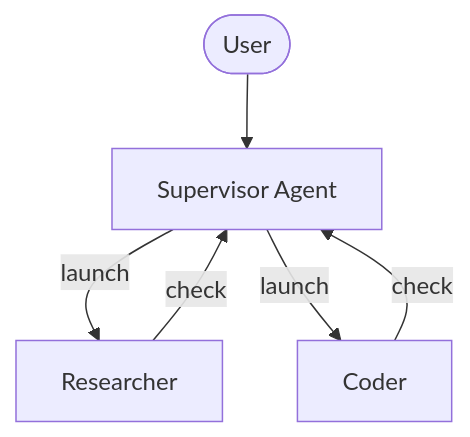
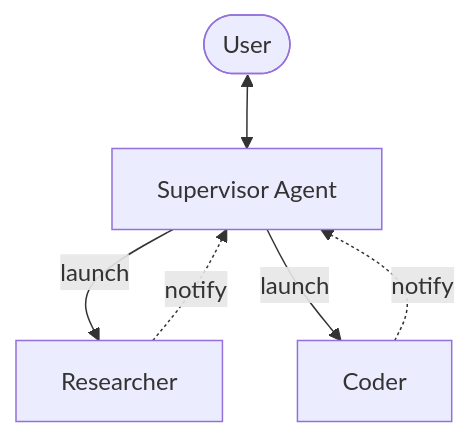
Before and after one commit to Eyre921/ofiicial-developer-docs: the first of 2 diagrams in agent-frameworks/langchain/pages/oss/javascript/deepagents/async-subagents.md, drawn with Mermaid. The commit also changed other lines of this file and 483 other files, not shown here.

````diff
--- a/agent-frameworks/langchain/pages/oss/javascript/deepagents/async-subagents.md
+++ b/agent-frameworks/langchain/pages/oss/javascript/deepagents/async-subagents.md
@@ -15,10 +15,10 @@
 ```mermaid theme={"theme":{"light":"catppuccin-latte","dark":"catppuccin-mocha"}}
 graph TB
-    User([User]) --> Supervisor[Supervisor Agent]
+    User([User]) <--> Supervisor[Supervisor Agent]
 
     Supervisor --> |launch| Researcher[Researcher]
     Supervisor --> |launch| Coder[Coder]
 
-    Researcher --> |check| Supervisor
-    Coder --> |check| Supervisor
+    Researcher -.-> |notify| Supervisor
+    Coder -.-> |notify| Supervisor
 ```
````
